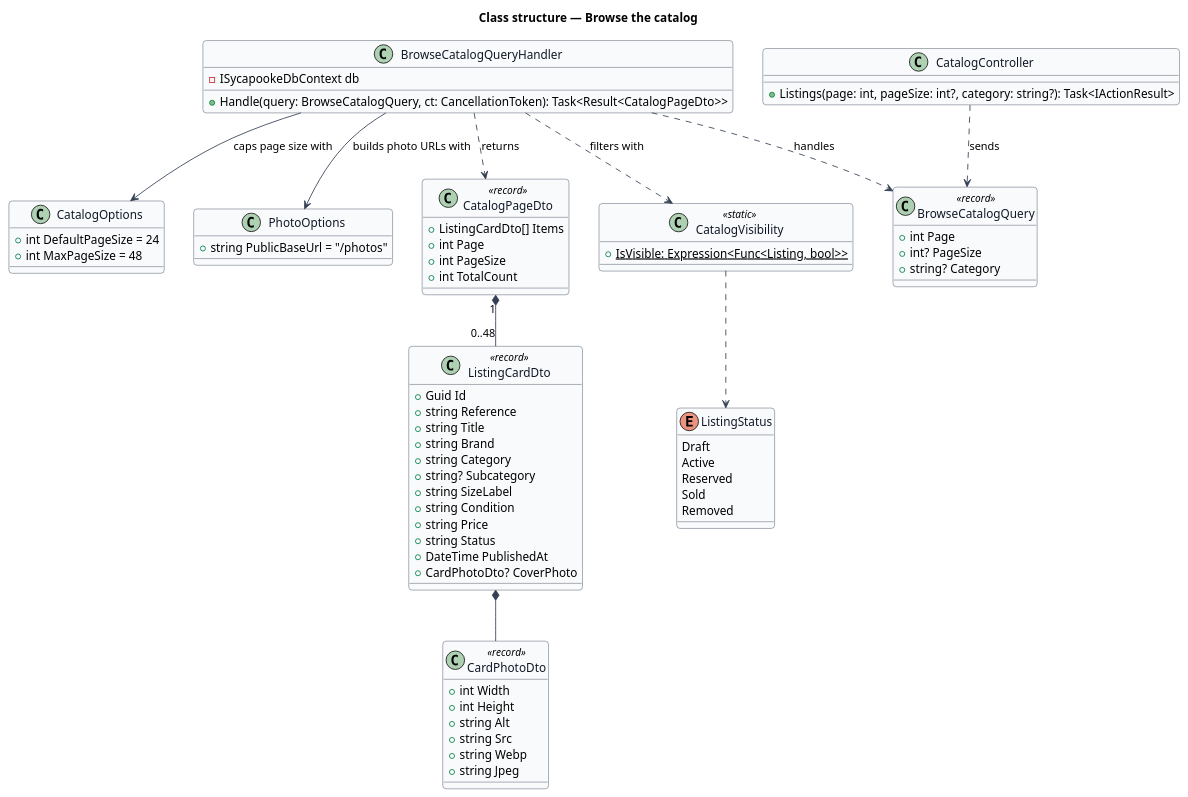
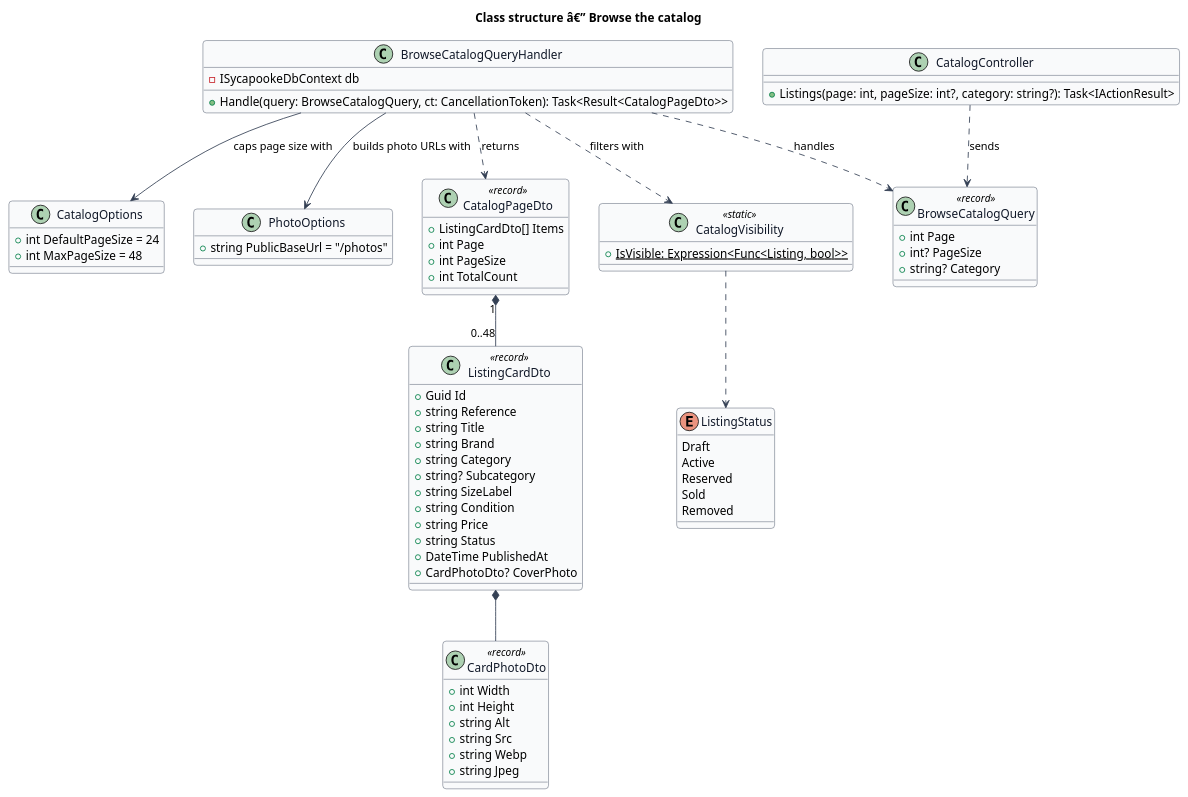
One commit to QuinntyneBrown/sycapooke changed the diagram in docs/detailed-designs/catalog/browse-catalog/diagrams/class-structure.puml. Above: the diagram before and after it, drawn with PlantUML. The commit also changed 860 other files, not shown here.

```diff
--- a/docs/detailed-designs/catalog/browse-catalog/diagrams/class-structure.puml
+++ b/docs/detailed-designs/catalog/browse-catalog/diagrams/class-structure.puml
@@ -1,90 +1,90 @@
 @startuml
 skinparam backgroundColor #FFFFFF
 skinparam shadowing false
 skinparam roundcorner 8
 skinparam defaultFontName Arial
 skinparam ArrowColor #344054
 skinparam class {
   BorderColor #344054
   FontColor #101828
   BackgroundColor #F9FAFB
 }
-title Class structure — Browse the catalog
+title Class structure â€” Browse the catalog
 
 enum ListingStatus {
   Draft
   Active
   Reserved
   Sold
   Removed
 }
 
 class CatalogVisibility <<static>> {
   +{static} IsVisible: Expression<Func<Listing, bool>>
 }
 
 class BrowseCatalogQuery <<record>> {
   +int Page
   +int? PageSize
   +string? Category
 }
 
 class BrowseCatalogQueryHandler {
   -ISycapookeDbContext db
   +Handle(query: BrowseCatalogQuery, ct: CancellationToken): Task<Result<CatalogPageDto>>
 }
 
 class CatalogOptions {
   +int DefaultPageSize = 24
   +int MaxPageSize = 48
 }
 
 class PhotoOptions {
   +string PublicBaseUrl = "/photos"
 }
 
 class CatalogPageDto <<record>> {
   +ListingCardDto[] Items
   +int Page
   +int PageSize
   +int TotalCount
 }
 
 class ListingCardDto <<record>> {
   +Guid Id
   +string Reference
   +string Title
   +string Brand
   +string Category
   +string? Subcategory
   +string SizeLabel
   +string Condition
   +string Price
   +string Status
   +DateTime PublishedAt
   +CardPhotoDto? CoverPhoto
 }
 
 class CardPhotoDto <<record>> {
   +int Width
   +int Height
   +string Alt
   +string Src
   +string Webp
   +string Jpeg
 }
 
 class CatalogController {
   +Listings(page: int, pageSize: int?, category: string?): Task<IActionResult>
 }
 
 CatalogController ..> BrowseCatalogQuery : sends
 BrowseCatalogQueryHandler ..> BrowseCatalogQuery : handles
 BrowseCatalogQueryHandler --> CatalogOptions : caps page size with
 BrowseCatalogQueryHandler --> PhotoOptions : builds photo URLs with
 BrowseCatalogQueryHandler ..> CatalogVisibility : filters with
 CatalogVisibility ..> ListingStatus
 BrowseCatalogQueryHandler ..> CatalogPageDto : returns
 CatalogPageDto "1" *-- "0..48" ListingCardDto
 ListingCardDto *-- CardPhotoDto
 @enduml
```
